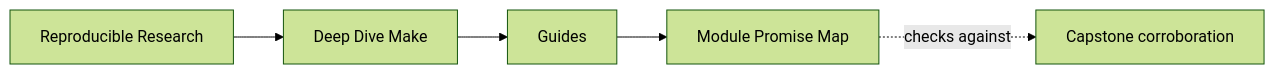
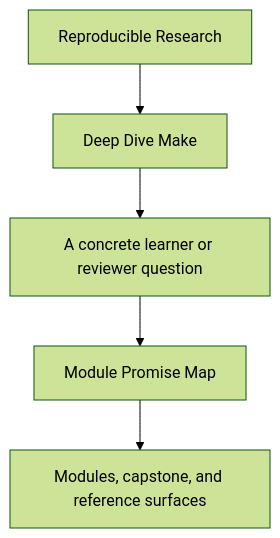
The first of 2 diagrams in programs/reproducible-research/deep-dive-make/course-book/guides/module-promise-map.md (bijux/bijux-masterclass), drawn with Mermaid (forest theme) before and after one commit. The commit also changed other lines of this file and 29 other files, not shown here.

Commit message:
docs(deep-dive-make): sharpen guide and reference diagrams

````diff
--- a/programs/reproducible-research/deep-dive-make/course-book/guides/module-promise-map.md
+++ b/programs/reproducible-research/deep-dive-make/course-book/guides/module-promise-map.md
@@ -9,11 +9,7 @@
 ```mermaid
-graph LR
-  family["Reproducible Research"]
-  program["Deep Dive Make"]
-  section["Guides"]
-  page["Module Promise Map"]
-  capstone["Capstone corroboration"]
-
-  family --> program --> section --> page
-  page -.checks against.-> capstone
+flowchart TD
+  family["Reproducible Research"] --> program["Deep Dive Make"]
+  program --> pressure["A concrete learner or reviewer question"]
+  pressure --> guide["Module Promise Map"]
+  guide --> next["Modules, capstone, and reference surfaces"]
 ```
````
